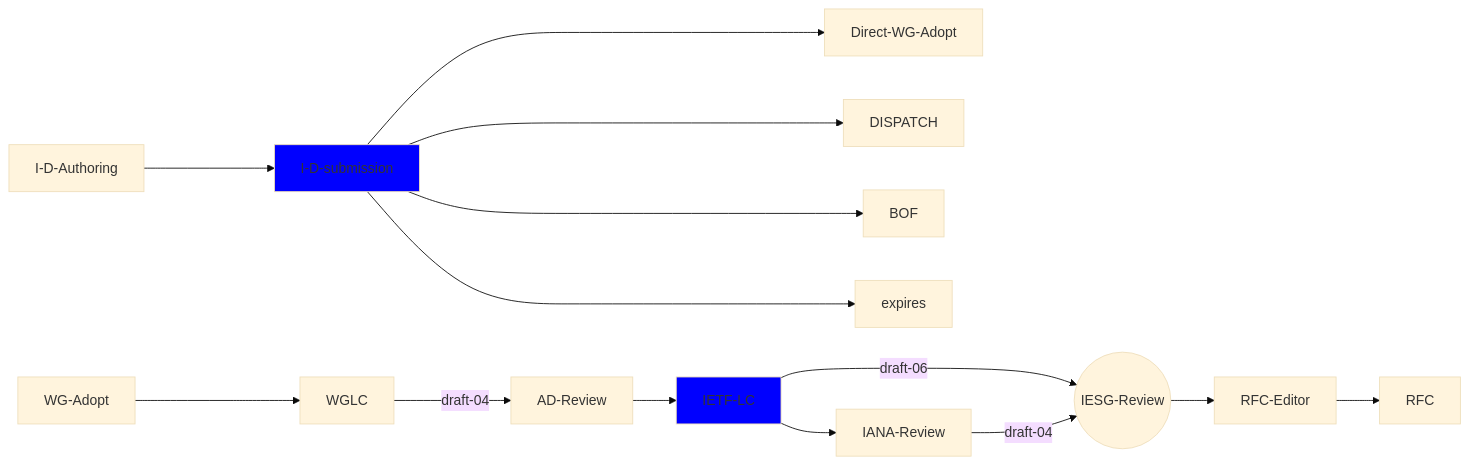
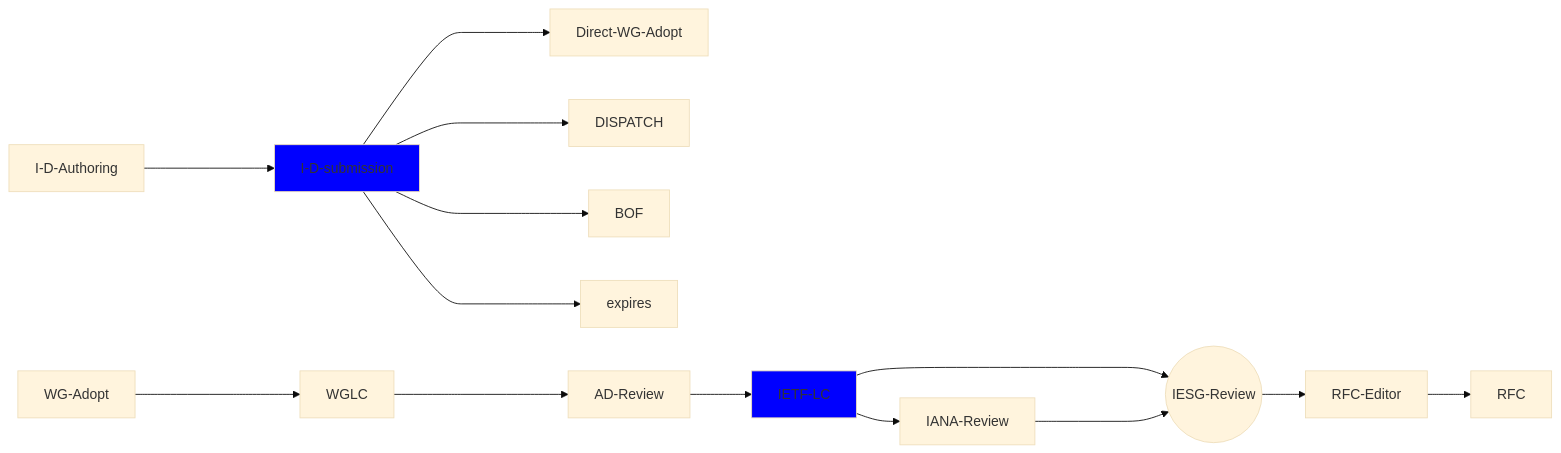
Before and after one commit to ghwood/ietf-i-d-process: the diagram in index.md, drawn with Mermaid (base theme). The commit also changed other lines of this file, not shown here.

````diff
--- a/index.md
+++ b/index.md
@@ -16,25 +16,25 @@
 ```mermaid
 graph LR
     classDef I-D-Authoring fill:orange
     classDef lastIETF fill:blue
     classDef I-D-submit fill:blue
     
     I-D-Authoring ----> I-D-submission
     class I-D-submission I-D-submit
     I-D-submission ----> Direct-WG-Adopt
     I-D-submission ----> DISPATCH
     I-D-submission ----> BOF
     I-D-submission ----> expires
     WG-Adopt ----> WGLC
-    WGLC --draft-04--> AD-Review
+    WGLC ----> AD-Review
     AD-Review --> IETF-LC
     class IETF-LC lastIETF
     IETF-LC --> IANA-Review 
-    IETF-LC --draft-06--> IESG-Review((IESG-Review))
+    IETF-LC ----> IESG-Review((IESG-Review))
     class IESG-Review current
-    IANA-Review --draft-04--> IESG-Review
+    IANA-Review ----> IESG-Review
     IESG-Review --> RFC-Editor
     RFC-Editor --> RFC
 
 
 ```
````
